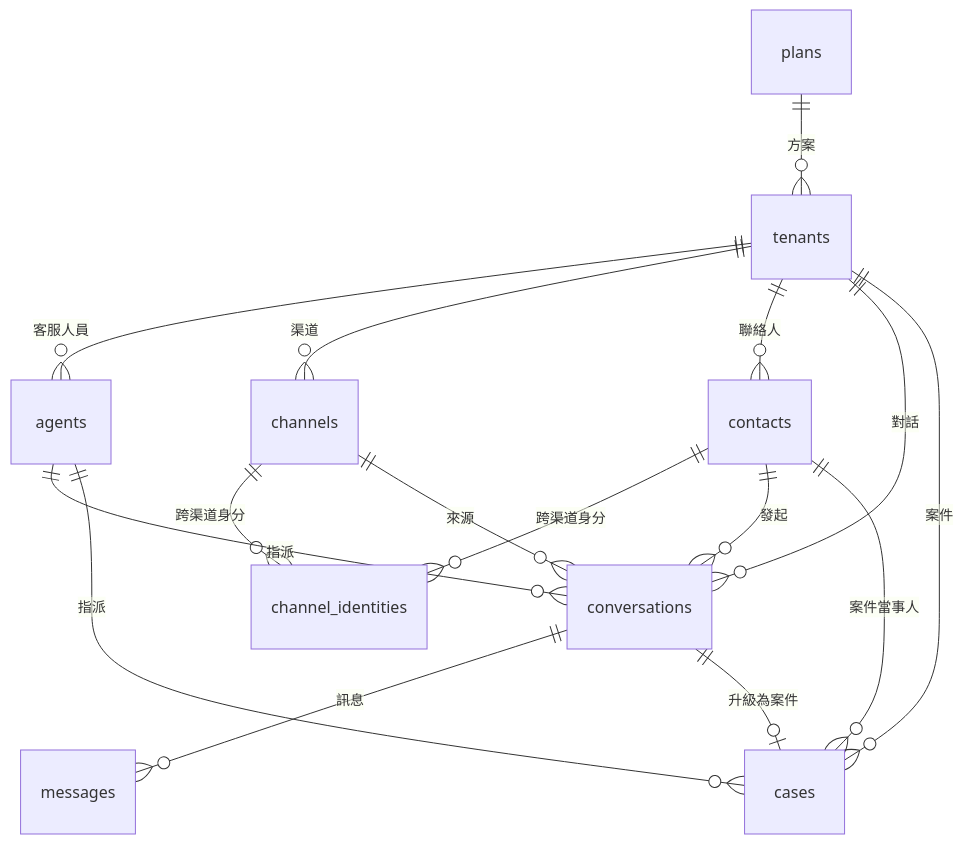
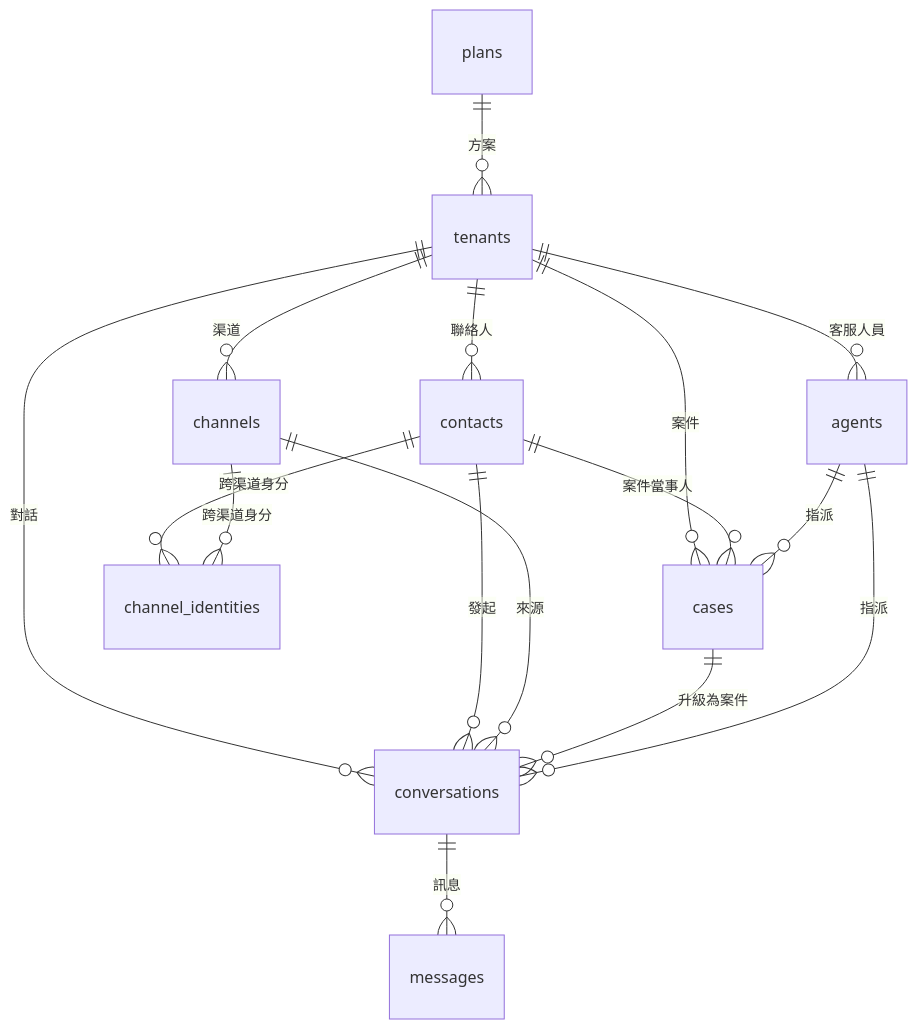
The first of 14 diagrams in docs/ref/DATABASE-ERD.md (CreateIntelligens/open333crm), drawn with Mermaid before and after one commit. The commit also changed other lines of this file, not shown here.

First line of the commit message:
docs: 修正 ERD 三處與 schema 不符

````diff
--- a/docs/ref/DATABASE-ERD.md
+++ b/docs/ref/DATABASE-ERD.md
@@ -36,18 +36,18 @@
 ```mermaid
 erDiagram
     plans ||--o{ tenants : "方案"
     tenants ||--o{ agents : "客服人員"
     tenants ||--o{ channels : "渠道"
     tenants ||--o{ contacts : "聯絡人"
     tenants ||--o{ conversations : "對話"
     tenants ||--o{ cases : "案件"
     contacts ||--o{ channel_identities : "跨渠道身分"
     channels ||--o{ channel_identities : "跨渠道身分"
     contacts ||--o{ conversations : "發起"
     channels ||--o{ conversations : "來源"
     conversations ||--o{ messages : "訊息"
-    conversations ||--o| cases : "升級為案件"
+    cases ||--o{ conversations : "升級為案件"
     contacts ||--o{ cases : "案件當事人"
     agents ||--o{ conversations : "指派"
     agents ||--o{ cases : "指派"
 ```
````
